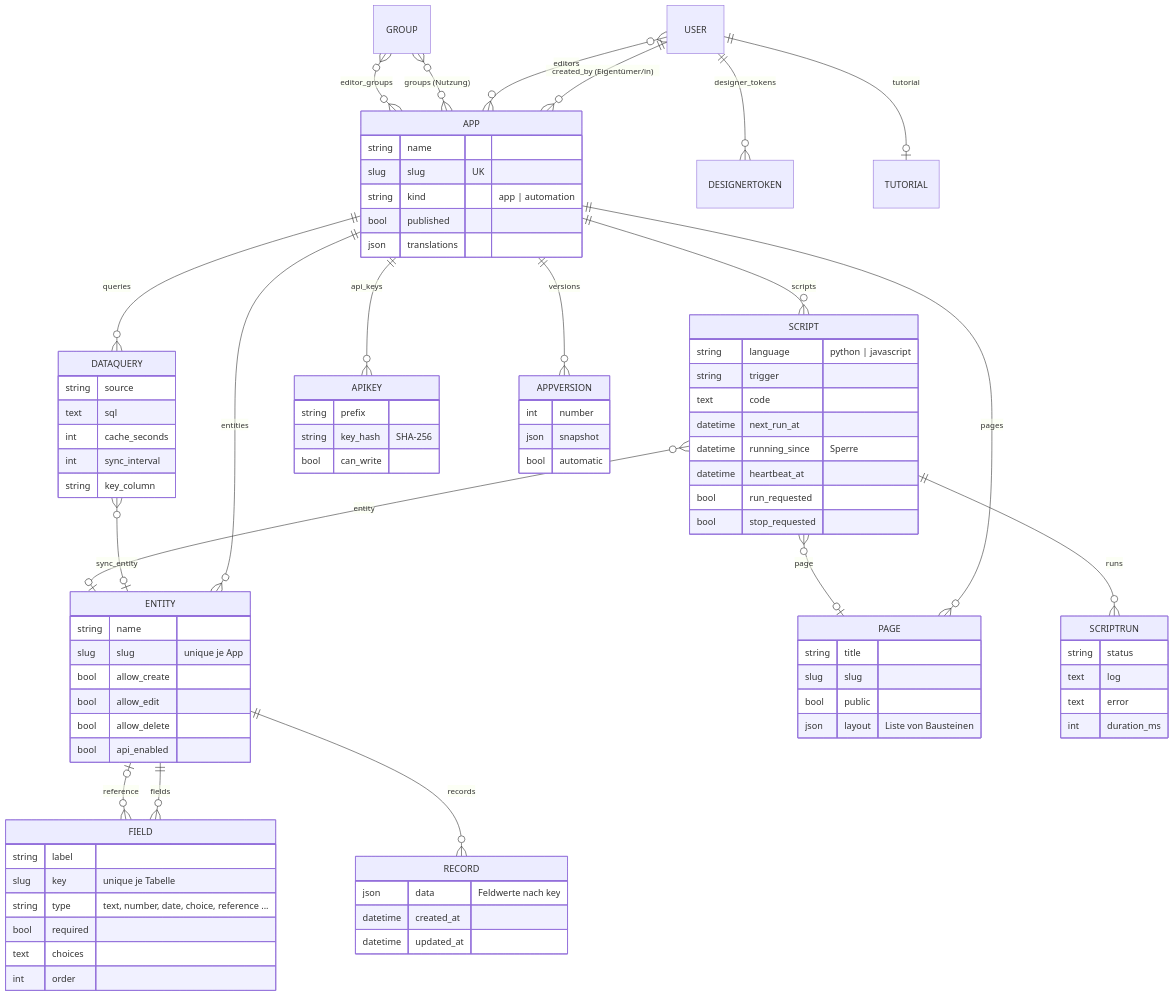
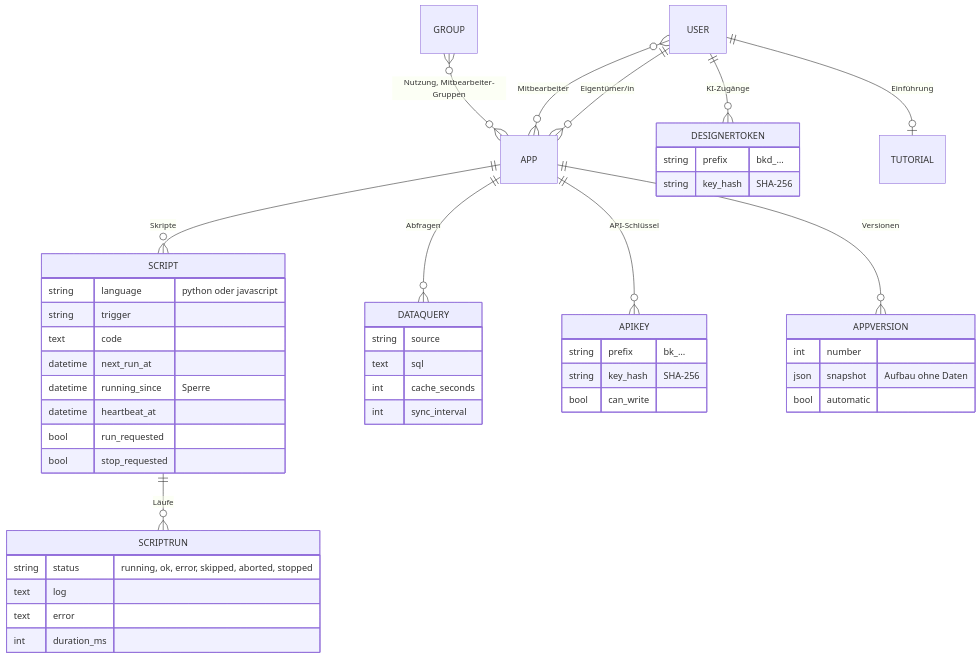
The fourth of 15 diagrams in docs/TECHNISCHE_DOKUMENTATION.md (Turksat46/Baukasten), drawn with Mermaid before and after one commit. The commit also changed other lines of this file, not shown here.

Commit message:
Technische Dokumentation: Inhalt gegen den Code geprüft, Diagramme neu gestaltet

````diff
--- a/docs/TECHNISCHE_DOKUMENTATION.md
+++ b/docs/TECHNISCHE_DOKUMENTATION.md
@@ -168,64 +284,18 @@
 ```mermaid
 erDiagram
-    USER ||--o{ APP : "created_by (Eigentümer/in)"
-    USER }o--o{ APP : "editors"
-    GROUP }o--o{ APP : "groups (Nutzung)"
-    GROUP }o--o{ APP : "editor_groups"
+    APP ||--o{ SCRIPT : "Skripte"
+    APP ||--o{ DATAQUERY : "Abfragen"
+    APP ||--o{ APIKEY : "API-Schlüssel"
+    APP ||--o{ APPVERSION : "Versionen"
+    SCRIPT ||--o{ SCRIPTRUN : "Läufe"
+    USER ||--o{ APP : "Eigentümer/in"
+    USER }o--o{ APP : "Mitbearbeiter"
+    GROUP }o--o{ APP : "Nutzung, Mitbearbeiter-Gruppen"
+    USER ||--o{ DESIGNERTOKEN : "KI-Zugänge"
+    USER ||--o| TUTORIAL : "Einführung"
 
-    APP ||--o{ ENTITY : "entities"
-    APP ||--o{ PAGE : "pages"
-    APP ||--o{ SCRIPT : "scripts"
-    APP ||--o{ DATAQUERY : "queries"
-    APP ||--o{ APIKEY : "api_keys"
-    APP ||--o{ APPVERSION : "versions"
-
-    ENTITY ||--o{ FIELD : "fields"
-    ENTITY ||--o{ RECORD : "records"
-    FIELD }o--o| ENTITY : "reference"
-    DATAQUERY }o--o| ENTITY : "sync_entity"
-    SCRIPT }o--o| PAGE : "page"
-    SCRIPT }o--o| ENTITY : "entity"
-    SCRIPT ||--o{ SCRIPTRUN : "runs"
-
-    USER ||--o{ DESIGNERTOKEN : "designer_tokens"
-    USER ||--o| TUTORIAL : "tutorial"
-
-    APP {
-        string name
-        slug slug UK
-        string kind "app | automation"
-        bool published
-        json translations
-    }
-    ENTITY {
-        string name
-        slug slug "unique je App"
-        bool allow_create
-        bool allow_edit
-        bool allow_delete
-        bool api_enabled
-    }
-    FIELD {
-        string label
-        slug key "unique je Tabelle"
-        string type "text, number, date, choice, reference ..."
-        bool required
-        text choices
-        int order
-    }
-    RECORD {
-        json data "Feldwerte nach key"
-        datetime created_at
-        datetime updated_at
-    }
-    PAGE {
-        string title
-        slug slug
-        bool public
-        json layout "Liste von Bausteinen"
-    }
     SCRIPT {
-        string language "python | javascript"
+        string language "python oder javascript"
         string trigger
         text code
         datetime next_run_at
@@ -235,7 +305,7 @@
         bool stop_requested
     }
     SCRIPTRUN {
-        string status
+        string status "running, ok, error, skipped, aborted, stopped"
         text log
         text error
         int duration_ms
@@ -245,16 +315,19 @@
         text sql
         int cache_seconds
         int sync_interval
-        string key_column
     }
     APIKEY {
-        string prefix
+        string prefix "bk_…"
         string key_hash "SHA-256"
         bool can_write
     }
+    DESIGNERTOKEN {
+        string prefix "bkd_…"
+        string key_hash "SHA-256"
+    }
     APPVERSION {
         int number
-        json snapshot
+        json snapshot "Aufbau ohne Daten"
         bool automatic
     }
 ```
````
